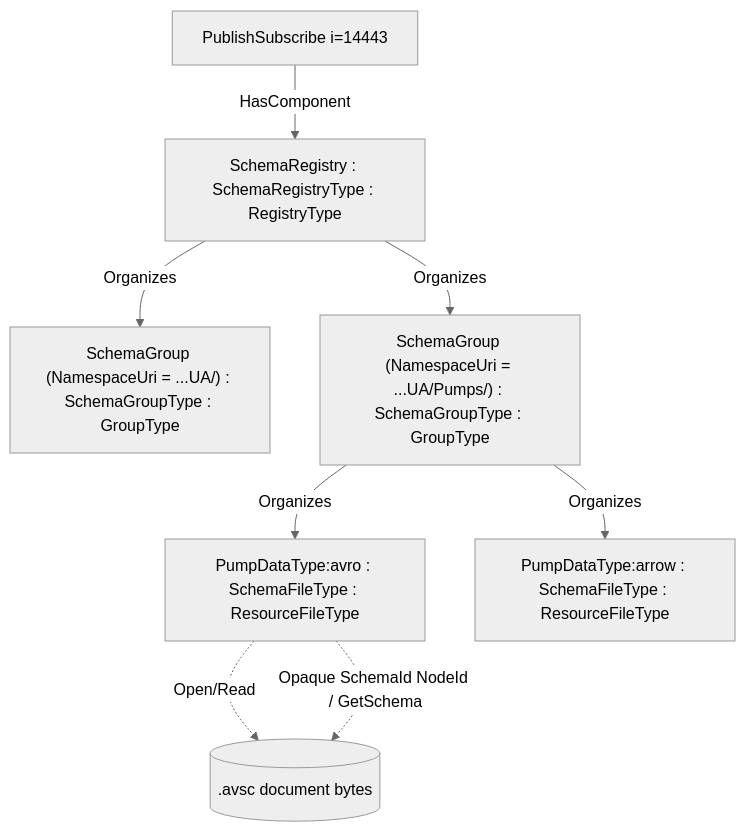
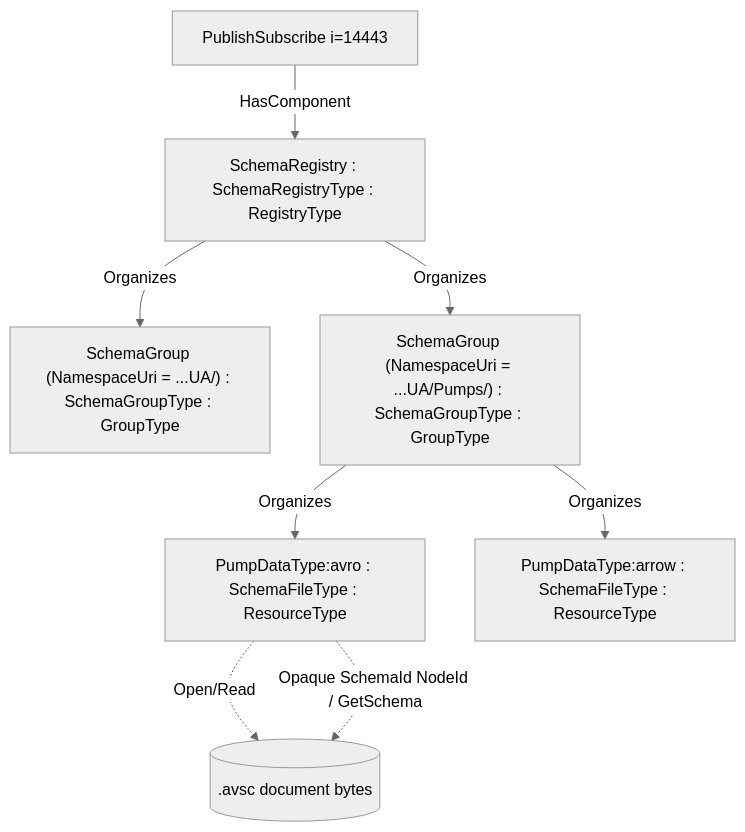
The diagram in core-specs/schema-registry/OPC-UA-Schema-Registry.md (marcschier/opcua-drafts), drawn with Mermaid (neutral theme) before and after one commit. The commit also changed other lines of this file and 12 other files, not shown here.

````diff
--- a/core-specs/schema-registry/OPC-UA-Schema-Registry.md
+++ b/core-specs/schema-registry/OPC-UA-Schema-Registry.md
@@ -70,10 +70,10 @@
 ```mermaid
 graph TD
   PS[PublishSubscribe i=14443] -->|HasComponent| SR[SchemaRegistry : SchemaRegistryType : RegistryType]
   SR -->|Organizes| G1["SchemaGroup (NamespaceUri = ...UA/) : SchemaGroupType : GroupType"]
   SR -->|Organizes| G2["SchemaGroup (NamespaceUri = ...UA/Pumps/) : SchemaGroupType : GroupType"]
-  G2 -->|Organizes| S1["PumpDataType:avro : SchemaFileType : ResourceFileType"]
-  G2 -->|Organizes| S2["PumpDataType:arrow : SchemaFileType : ResourceFileType"]
+  G2 -->|Organizes| S1["PumpDataType:avro : SchemaFileType : ResourceType"]
+  G2 -->|Organizes| S2["PumpDataType:arrow : SchemaFileType : ResourceType"]
   S1 -.Open/Read.-> DOC[(.avsc document bytes)]
   S1 -.Opaque SchemaId NodeId / GetSchema.-> DOC
 ```
````
